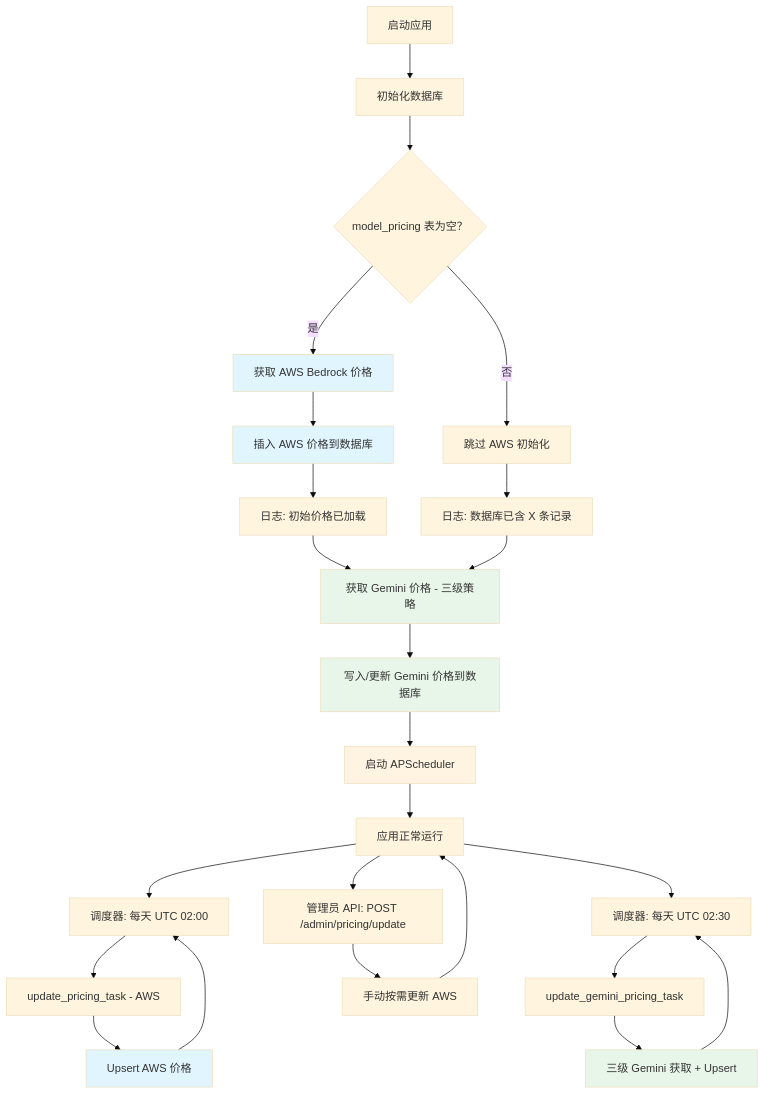
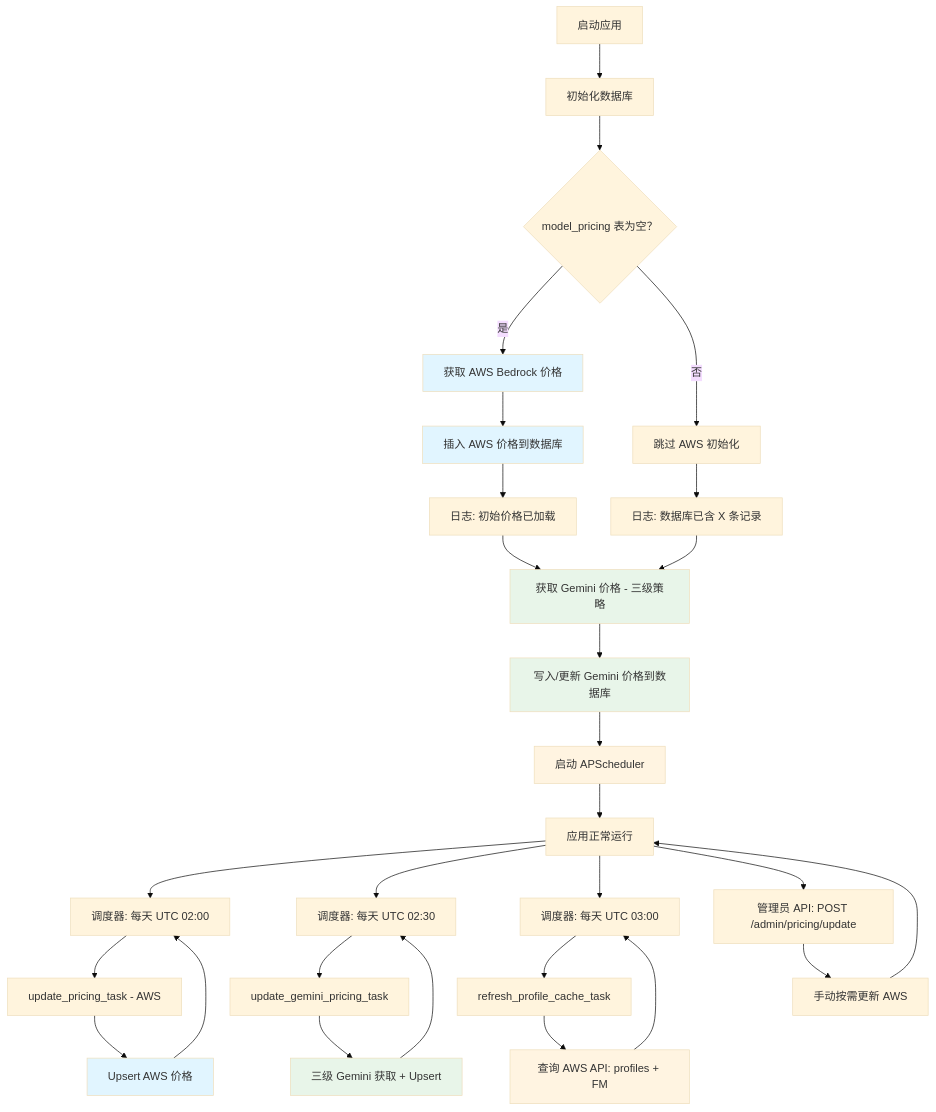
One commit to aws-samples/sample-kolya-br-proxy changed the diagram in docs/pricing-system.zh.md. Above: the diagram before and after it, drawn with Mermaid (base theme). The commit also changed other lines of this file and 26 other files, not shown here.

````diff
--- a/docs/pricing-system.zh.md
+++ b/docs/pricing-system.zh.md
@@ -160,37 +160,43 @@
 ```mermaid
 flowchart TD
     A[启动应用] --> B[初始化数据库]
     B --> C{model_pricing 表为空？}
     C -->|是| D[获取 AWS Bedrock 价格]
     C -->|否| E[跳过 AWS 初始化]
     D --> F[插入 AWS 价格到数据库]
     F --> G[日志: 初始价格已加载]
     E --> H[日志: 数据库已含 X 条记录]
     G --> Init2[获取 Gemini 价格 - 三级策略]
     H --> Init2
     Init2 --> I[写入/更新 Gemini 价格到数据库]
     I --> J[启动 APScheduler]
     J --> K[应用正常运行]
 
     K --> L1[调度器: 每天 UTC 02:00]
     L1 --> M1[update_pricing_task - AWS]
     M1 --> N1[Upsert AWS 价格]
     N1 --> L1
 
     K --> L2[调度器: 每天 UTC 02:30]
     L2 --> M2[update_gemini_pricing_task]
     M2 --> N2[三级 Gemini 获取 + Upsert]
     N2 --> L2
 
+    K --> L3[调度器: 每天 UTC 03:00]
+    L3 --> M3[refresh_profile_cache_task]
+    M3 --> N3[查询 AWS API: profiles + FM]
+    N3 --> L3
+
     K --> Q[管理员 API: POST /admin/pricing/update]
     Q --> R[手动按需更新 AWS]
     R --> K
 
     style D fill:#e1f5ff
     style F fill:#e1f5ff
     style Init2 fill:#e8f5e9
     style I fill:#e8f5e9
     style N1 fill:#e1f5ff
     style N2 fill:#e8f5e9
+    style N3 fill:#fff4e1
     style J fill:#fff4e1
 ```
````
